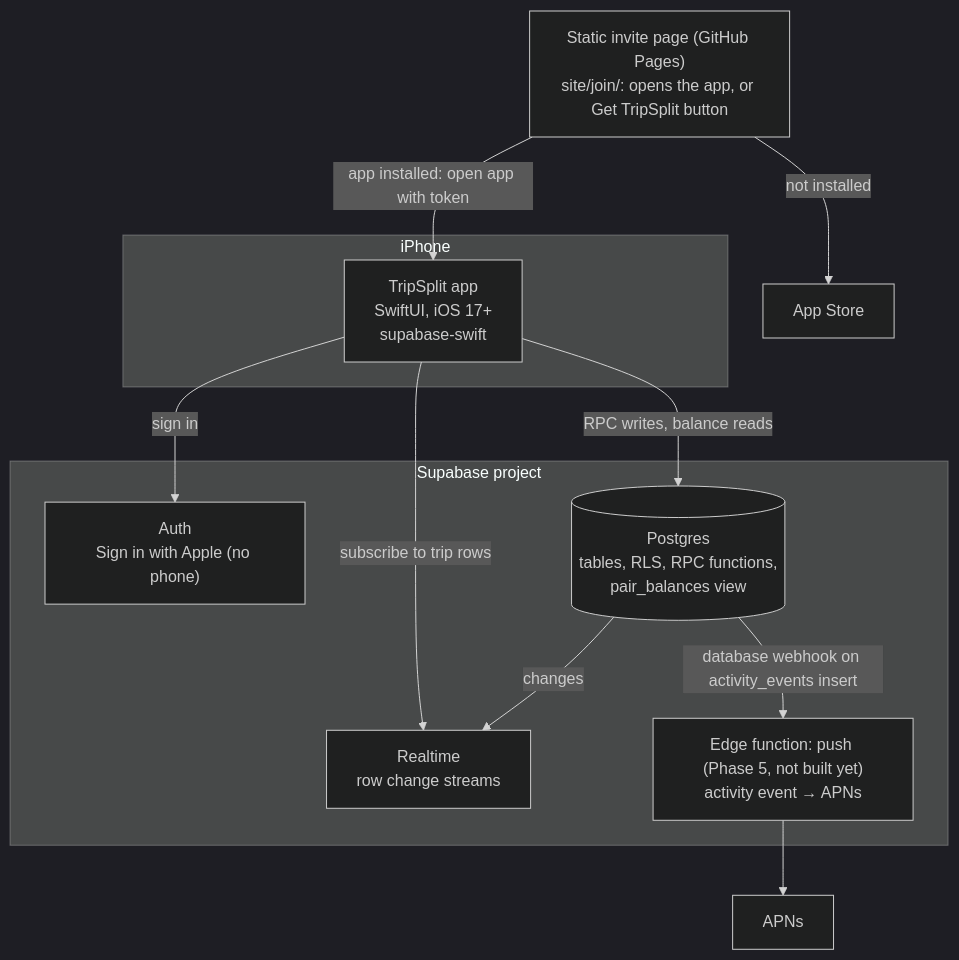
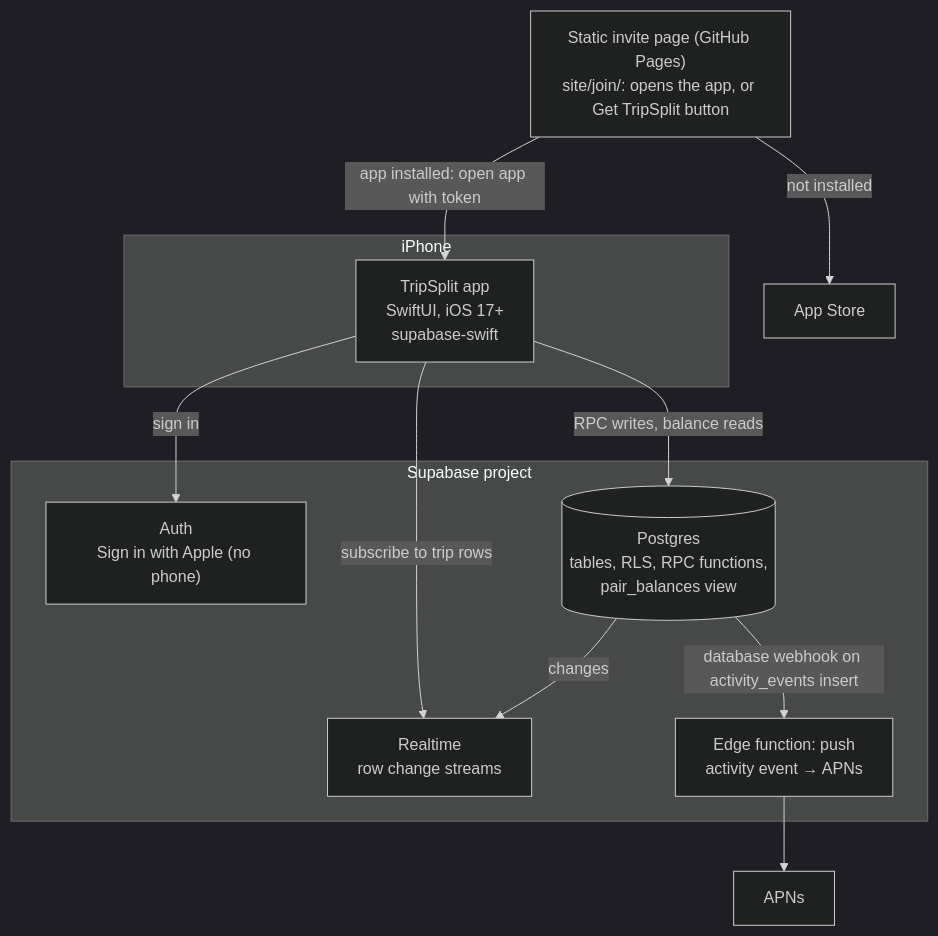
The second of 2 diagrams in docs/architecture.md (taytayrad/tripsplit-ios), drawn with Mermaid (dark theme) before and after one commit. The commit also changed other lines of this file and 15 other files, not shown here.

Commit message:
Send recipient activity notifications through APNs

````diff
--- a/docs/architecture.md
+++ b/docs/architecture.md
@@ -32,27 +32,27 @@
 ```mermaid
 flowchart TB
     subgraph device["iPhone"]
         app["TripSplit app<br/>SwiftUI, iOS 17+<br/>supabase-swift"]
     end
 
     subgraph supa["Supabase project"]
         auth["Auth<br/>Sign in with Apple (no phone)"]
         db[("Postgres<br/>tables, RLS, RPC functions,<br/>pair_balances view")]
         rt["Realtime<br/>row change streams"]
-        fnPush["Edge function: push (Phase 5, not built yet)<br/>activity event → APNs"]
+        fnPush["Edge function: push<br/>activity event → APNs"]
     end
 
     invitePage["Static invite page (GitHub Pages)<br/>site/join/: opens the app, or Get TripSplit button"]
 
     apns["APNs"]
     store["App Store"]
 
     app -- "sign in" --> auth
     app -- "RPC writes, balance reads" --> db
     app -- "subscribe to trip rows" --> rt
     db -- "changes" --> rt
     db -- "database webhook on activity_events insert" --> fnPush
     fnPush --> apns
     invitePage -- "app installed: open app with token" --> app
     invitePage -- "not installed" --> store
 ```
````
